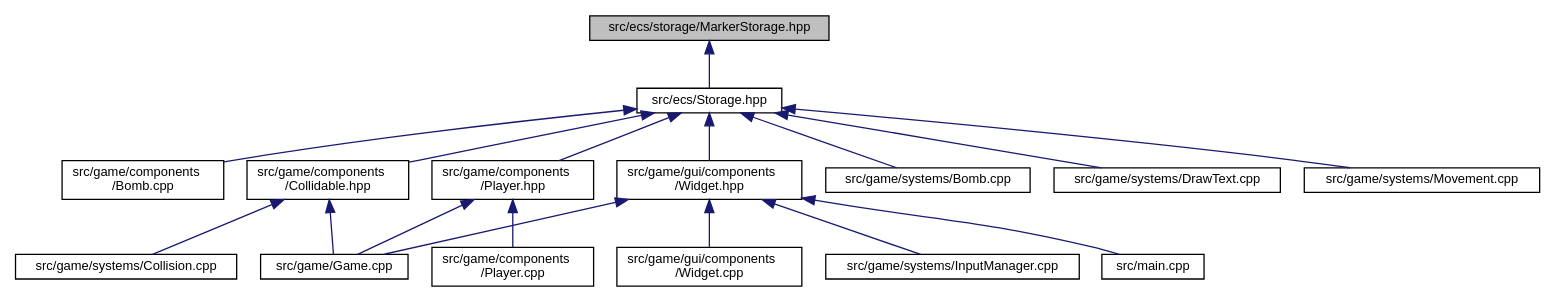
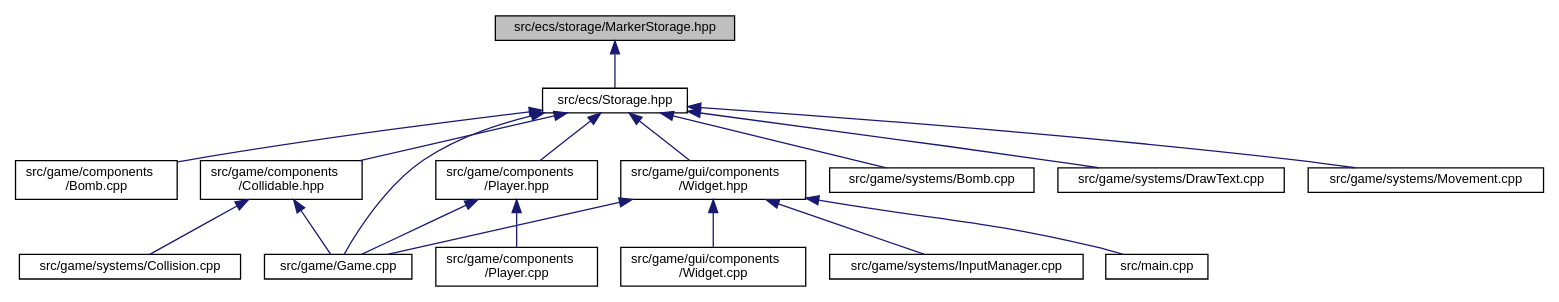
Before and after one commit to MisterPeModder/Bomberman-Global-Offensive: the diagram in _marker_storage_8hpp__dep__incl.dot, drawn with Graphviz. The commit also changed 15 other files, not shown here.

```diff
--- a/_marker_storage_8hpp__dep__incl.dot
+++ b/_marker_storage_8hpp__dep__incl.dot
@@ -1,37 +1,38 @@
 digraph "src/ecs/storage/MarkerStorage.hpp"
 {
  // LATEX_PDF_SIZE
   edge [fontname="Helvetica",fontsize="10",labelfontname="Helvetica",labelfontsize="10"];
   node [fontname="Helvetica",fontsize="10",shape=record];
   Node1 [label="src/ecs/storage/MarkerStorage.hpp",height=0.2,width=0.4,color="black", fillcolor="grey75", style="filled", fontcolor="black",tooltip=" "];
   Node1 -> Node2 [dir="back",color="midnightblue",fontsize="10",style="solid",fontname="Helvetica"];
   Node2 [label="src/ecs/Storage.hpp",height=0.2,width=0.4,color="black", fillcolor="white", style="filled",URL="$_storage_8hpp.html",tooltip=" "];
   Node2 -> Node3 [dir="back",color="midnightblue",fontsize="10",style="solid",fontname="Helvetica"];
   Node3 [label="src/game/components\l/Bomb.cpp",height=0.2,width=0.4,color="black", fillcolor="white", style="filled",URL="$components_2_bomb_8cpp.html",tooltip=" "];
   Node2 -> Node4 [dir="back",color="midnightblue",fontsize="10",style="solid",fontname="Helvetica"];
   Node4 [label="src/game/components\l/Collidable.hpp",height=0.2,width=0.4,color="black", fillcolor="white", style="filled",URL="$_collidable_8hpp.html",tooltip=" "];
   Node4 -> Node5 [dir="back",color="midnightblue",fontsize="10",style="solid",fontname="Helvetica"];
   Node5 [label="src/game/Game.cpp",height=0.2,width=0.4,color="black", fillcolor="white", style="filled",URL="$_game_8cpp.html",tooltip=" "];
   Node4 -> Node6 [dir="back",color="midnightblue",fontsize="10",style="solid",fontname="Helvetica"];
   Node6 [label="src/game/systems/Collision.cpp",height=0.2,width=0.4,color="black", fillcolor="white", style="filled",URL="$_collision_8cpp.html",tooltip=" "];
   Node2 -> Node7 [dir="back",color="midnightblue",fontsize="10",style="solid",fontname="Helvetica"];
   Node7 [label="src/game/components\l/Player.hpp",height=0.2,width=0.4,color="black", fillcolor="white", style="filled",URL="$_player_8hpp.html",tooltip=" "];
   Node7 -> Node8 [dir="back",color="midnightblue",fontsize="10",style="solid",fontname="Helvetica"];
   Node8 [label="src/game/components\l/Player.cpp",height=0.2,width=0.4,color="black", fillcolor="white", style="filled",URL="$_player_8cpp.html",tooltip=" "];
   Node7 -> Node5 [dir="back",color="midnightblue",fontsize="10",style="solid",fontname="Helvetica"];
+  Node2 -> Node5 [dir="back",color="midnightblue",fontsize="10",style="solid",fontname="Helvetica"];
   Node2 -> Node9 [dir="back",color="midnightblue",fontsize="10",style="solid",fontname="Helvetica"];
   Node9 [label="src/game/gui/components\l/Widget.hpp",height=0.2,width=0.4,color="black", fillcolor="white", style="filled",URL="$_widget_8hpp.html",tooltip=" "];
   Node9 -> Node5 [dir="back",color="midnightblue",fontsize="10",style="solid",fontname="Helvetica"];
   Node9 -> Node10 [dir="back",color="midnightblue",fontsize="10",style="solid",fontname="Helvetica"];
   Node10 [label="src/game/gui/components\l/Widget.cpp",height=0.2,width=0.4,color="black", fillcolor="white", style="filled",URL="$_widget_8cpp.html",tooltip=" "];
   Node9 -> Node11 [dir="back",color="midnightblue",fontsize="10",style="solid",fontname="Helvetica"];
   Node11 [label="src/game/systems/InputManager.cpp",height=0.2,width=0.4,color="black", fillcolor="white", style="filled",URL="$_input_manager_8cpp.html",tooltip=" "];
   Node9 -> Node12 [dir="back",color="midnightblue",fontsize="10",style="solid",fontname="Helvetica"];
   Node12 [label="src/main.cpp",height=0.2,width=0.4,color="black", fillcolor="white", style="filled",URL="$main_8cpp.html",tooltip=" "];
   Node2 -> Node13 [dir="back",color="midnightblue",fontsize="10",style="solid",fontname="Helvetica"];
   Node13 [label="src/game/systems/Bomb.cpp",height=0.2,width=0.4,color="black", fillcolor="white", style="filled",URL="$systems_2_bomb_8cpp.html",tooltip=" "];
   Node2 -> Node14 [dir="back",color="midnightblue",fontsize="10",style="solid",fontname="Helvetica"];
   Node14 [label="src/game/systems/DrawText.cpp",height=0.2,width=0.4,color="black", fillcolor="white", style="filled",URL="$_draw_text_8cpp.html",tooltip=" "];
   Node2 -> Node15 [dir="back",color="midnightblue",fontsize="10",style="solid",fontname="Helvetica"];
   Node15 [label="src/game/systems/Movement.cpp",height=0.2,width=0.4,color="black", fillcolor="white", style="filled",URL="$_movement_8cpp.html",tooltip=" "];
 }
```
